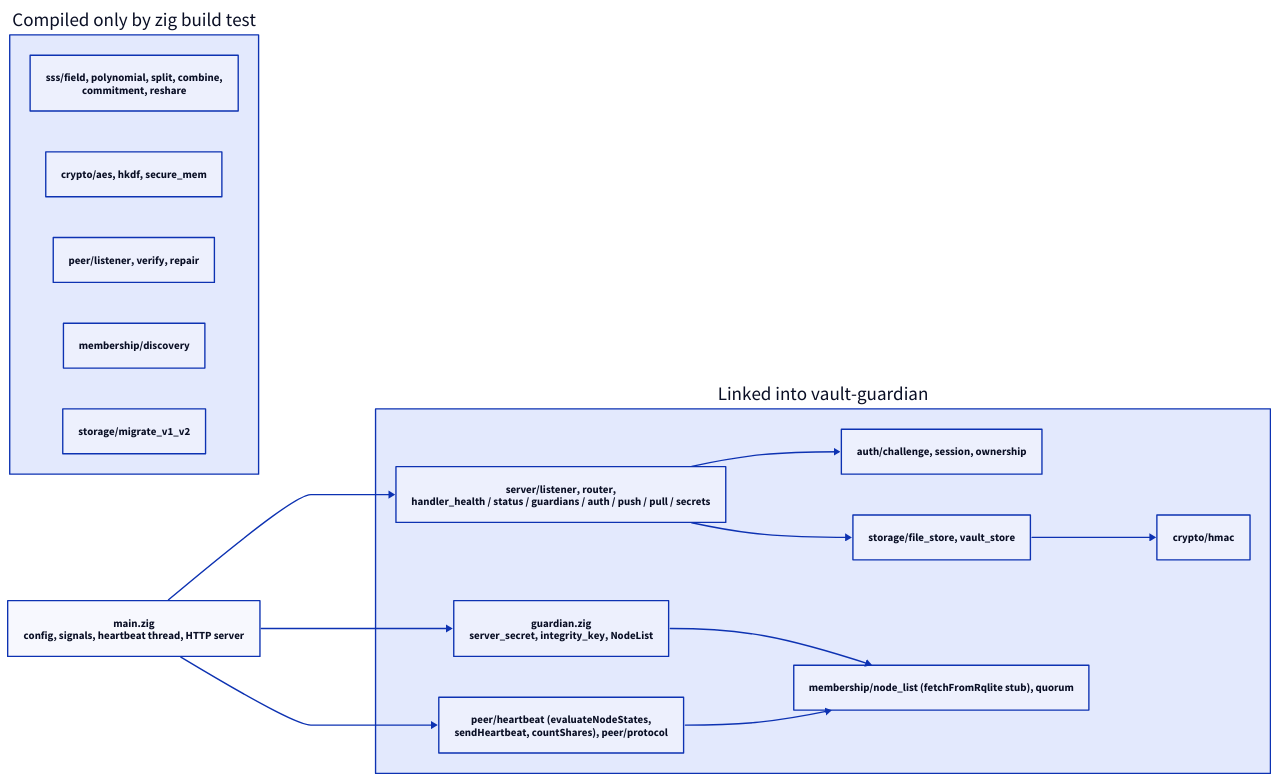
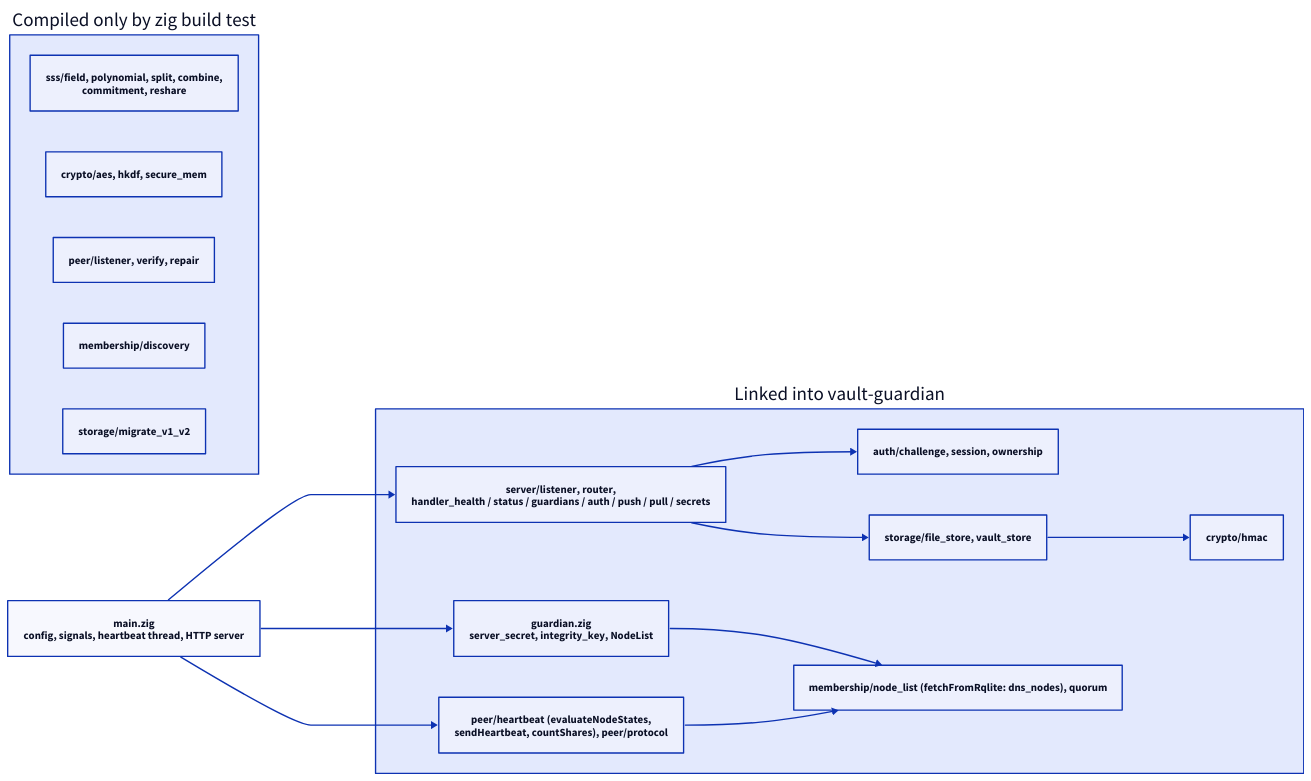
One commit to DeBrosOfficial/network changed the diagram in docs/whitepaper/technical-reference/diagrams/ch28-wiring.d2. Above: the diagram before and after it, drawn with D2. The commit also changed 17 other files, not shown here.

```diff
--- a/docs/whitepaper/technical-reference/diagrams/ch28-wiring.d2
+++ b/docs/whitepaper/technical-reference/diagrams/ch28-wiring.d2
@@ -1,30 +1,30 @@
 direction: right
 
 main: "main.zig\nconfig, signals, heartbeat thread, HTTP server"
 
 wired: "Linked into vault-guardian" {
   http: "server/listener, router,\nhandler_health / status / guardians / auth / push / pull / secrets"
   auth: "auth/challenge, session, ownership"
   store: "storage/file_store, vault_store"
   hmac: "crypto/hmac"
   guard: "guardian.zig\nserver_secret, integrity_key, NodeList"
-  mem: "membership/node_list (fetchFromRqlite stub), quorum"
+  mem: "membership/node_list (fetchFromRqlite: dns_nodes), quorum"
   hb: "peer/heartbeat (evaluateNodeStates,\nsendHeartbeat, countShares), peer/protocol"
 }
 
 test: "Compiled only by zig build test" {
   sss: "sss/field, polynomial, split, combine,\ncommitment, reshare"
   crypto: "crypto/aes, hkdf, secure_mem"
   peer: "peer/listener, verify, repair"
   disc: "membership/discovery"
   mig: "storage/migrate_v1_v2"
 }
 
 main -> wired.http
 main -> wired.guard
 main -> wired.hb
 wired.http -> wired.auth
 wired.http -> wired.store
 wired.store -> wired.hmac
 wired.guard -> wired.mem
 wired.hb -> wired.mem
```
